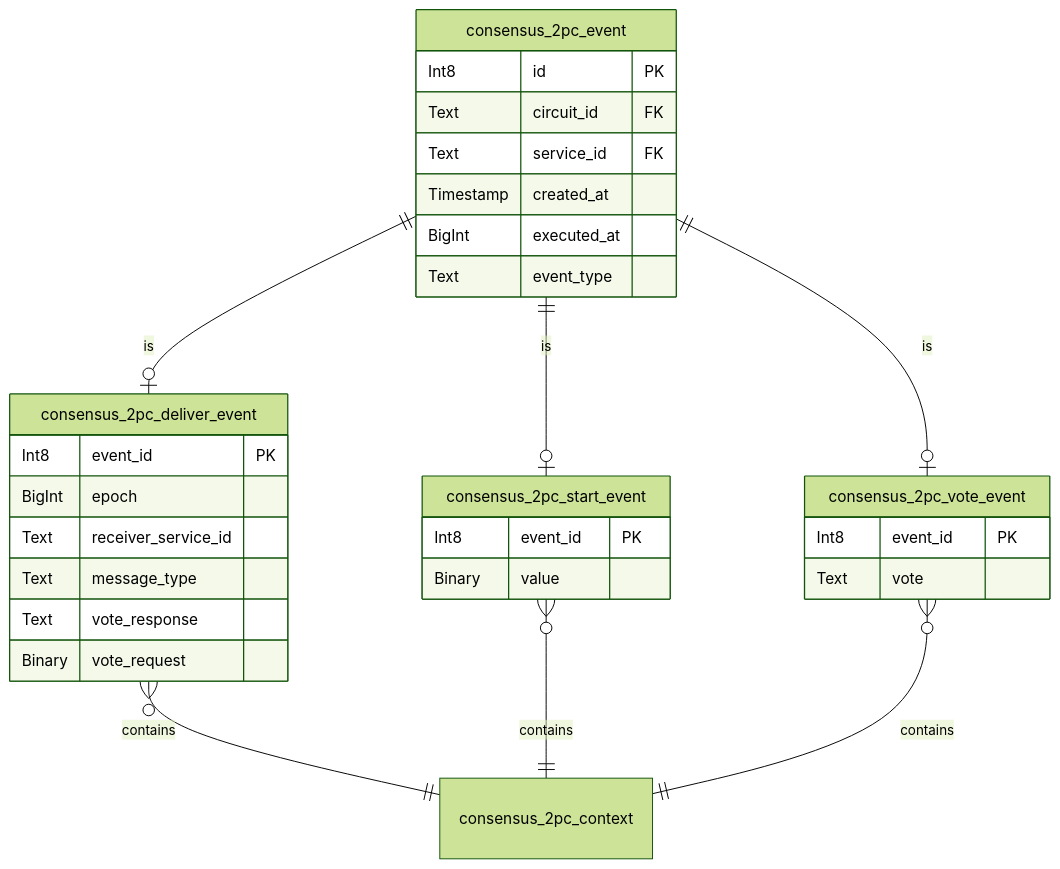
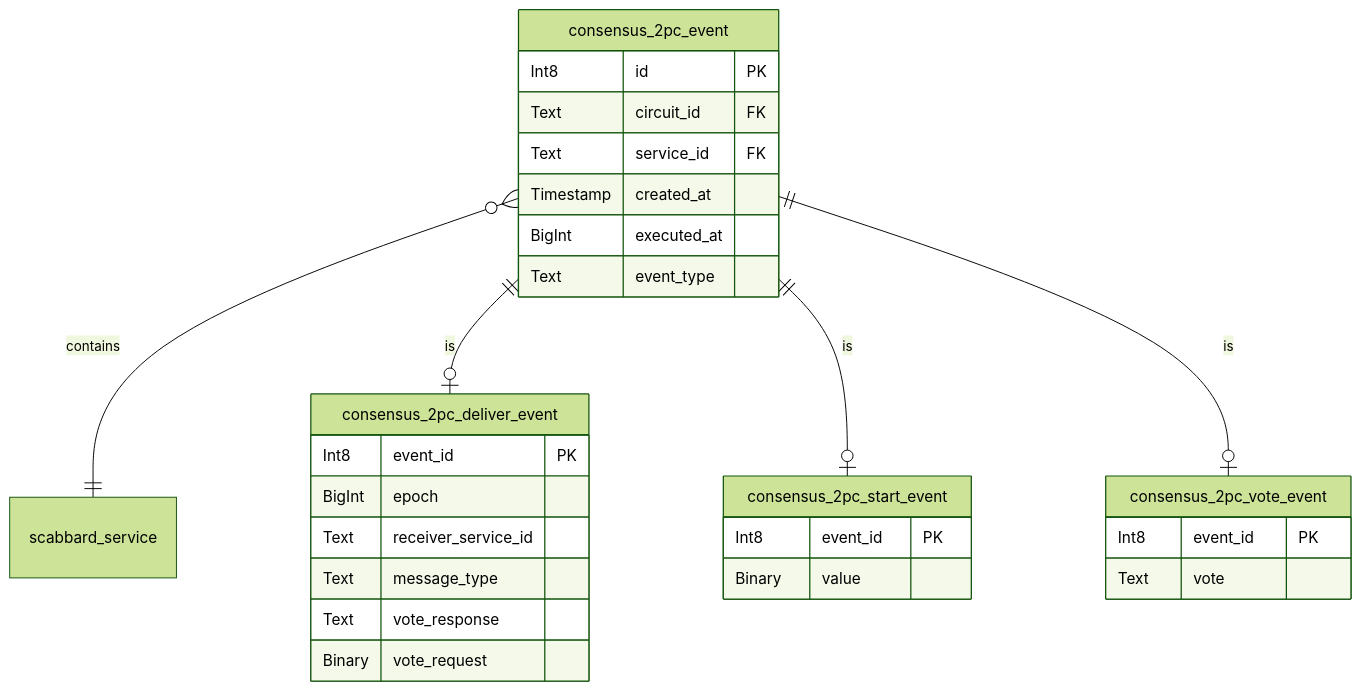
Before and after one commit to Cargill/splinter-docs: the fourth of 4 diagrams in community/planning/splinter_v0.7_database.md, drawn with Mermaid (forest theme). The commit also changed other lines of this file, not shown here.

First line of the commit message:
Update database doc - add scabbard_service fks

```diff
--- a/community/planning/splinter_v0.7_database.md
+++ b/community/planning/splinter_v0.7_database.md
@@ -283,39 +277,38 @@
 <div class="mermaid">
 erDiagram
     consensus_2pc_event {
          Int8 id PK
          Text circuit_id FK
          Text service_id FK
          Timestamp created_at
          BigInt executed_at
          Text event_type
     }
 
+    consensus_2pc_event }o--|| scabbard_service: contains
+
     consensus_2pc_deliver_event {
         Int8 event_id PK
         BigInt epoch
         Text receiver_service_id
         Text message_type
         Text vote_response
         Binary vote_request
     }
 
     consensus_2pc_event ||--o| consensus_2pc_deliver_event: is
-    consensus_2pc_deliver_event }o--|| consensus_2pc_context: contains
 
     consensus_2pc_start_event {
         Int8 event_id PK
         Binary value
     }
 
     consensus_2pc_event ||--o| consensus_2pc_start_event: is
-    consensus_2pc_start_event }o--|| consensus_2pc_context: contains
 
     consensus_2pc_vote_event {
         Int8 event_id PK
         Text vote
     }
 
     consensus_2pc_event ||--o| consensus_2pc_vote_event: is
-    consensus_2pc_vote_event }o--|| consensus_2pc_context: contains
 </div>
```
